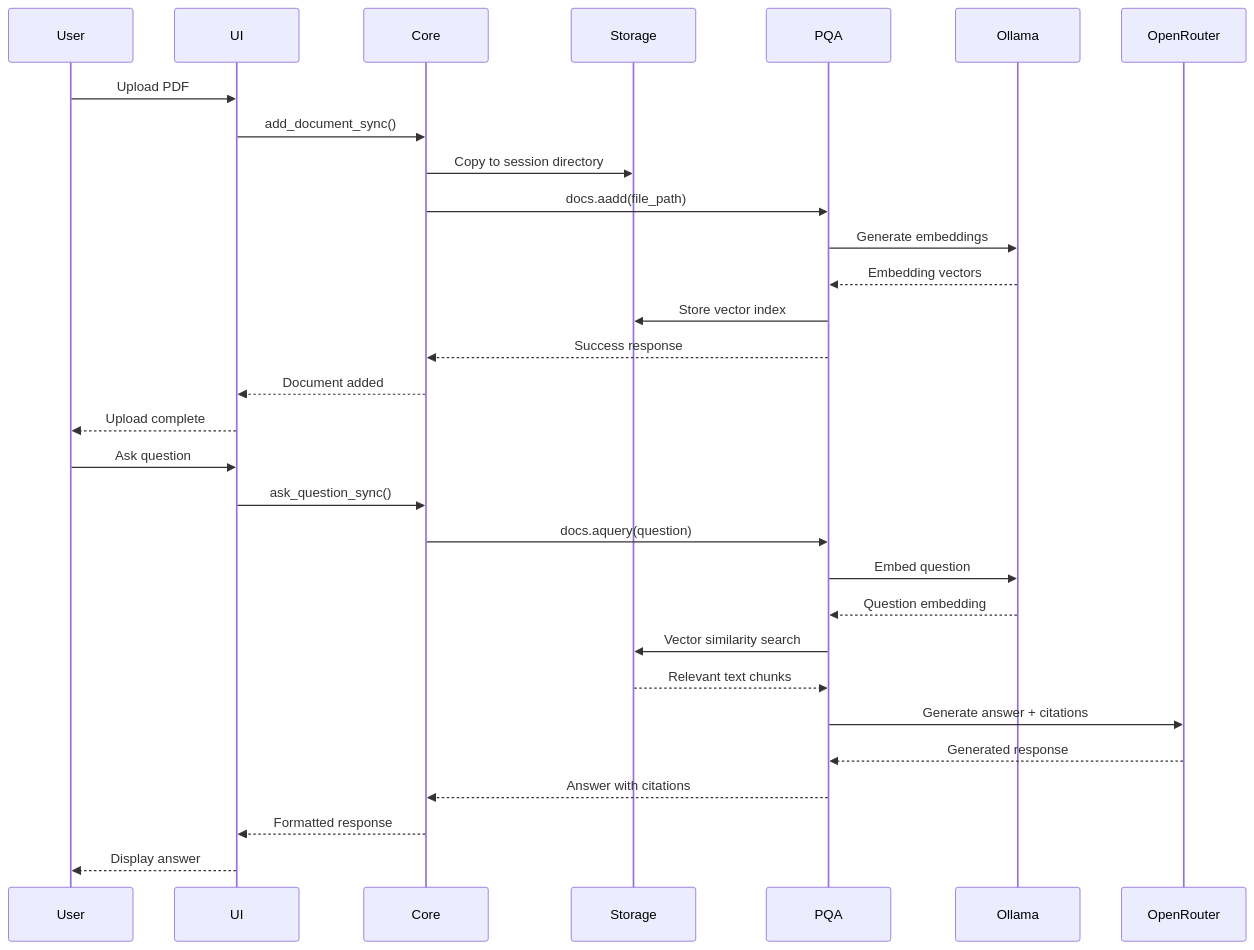
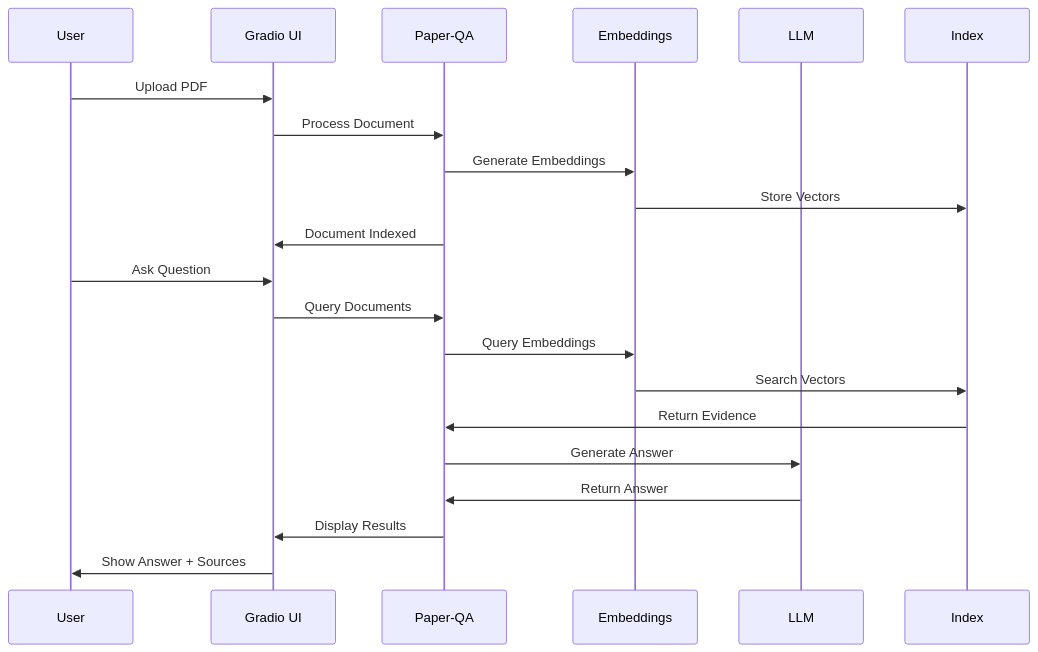
The second of 5 diagrams in DEVELOPER.md (usathyan/paper-qa-ui), drawn with Mermaid before and after one commit. The commit also changed other lines of this file and 4 other files, not shown here.

````diff
--- a/DEVELOPER.md
+++ b/DEVELOPER.md
@@ -34,26 +36,25 @@
 ```mermaid
 sequenceDiagram
-    User->>UI: Upload PDF
-    UI->>Core: add_document_sync()
-    Core->>Storage: Copy to session directory
-    Core->>PQA: docs.aadd(file_path)
-    PQA->>Ollama: Generate embeddings
-    Ollama-->>PQA: Embedding vectors
-    PQA->>Storage: Store vector index
-    PQA-->>Core: Success response
-    Core-->>UI: Document added
-    UI-->>User: Upload complete
+    participant U as User
+    participant G as Gradio UI
+    participant P as Paper-QA
+    participant E as Embeddings
+    participant L as LLM
+    participant I as Index
     
-    User->>UI: Ask question
-    UI->>Core: ask_question_sync()
-    Core->>PQA: docs.aquery(question)
-    PQA->>Ollama: Embed question
-    Ollama-->>PQA: Question embedding
-    PQA->>Storage: Vector similarity search
-    Storage-->>PQA: Relevant text chunks
-    PQA->>OpenRouter: Generate answer + citations
-    OpenRouter-->>PQA: Generated response
-    PQA-->>Core: Answer with citations
-    Core-->>UI: Formatted response
-    UI-->>User: Display answer
+    U->>G: Upload PDF
+    G->>P: Process Document
+    P->>E: Generate Embeddings
+    E->>I: Store Vectors
+    P->>G: Document Indexed
+    
+    U->>G: Ask Question
+    G->>P: Query Documents
+    P->>E: Query Embeddings
+    E->>I: Search Vectors
+    I->>P: Return Evidence
+    P->>L: Generate Answer
+    L->>P: Return Answer
+    P->>G: Display Results
+    G->>U: Show Answer + Sources
 ```
````
